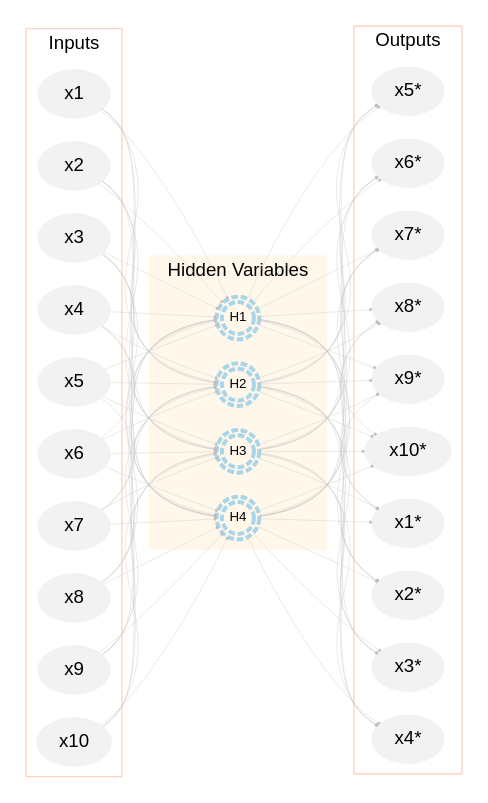
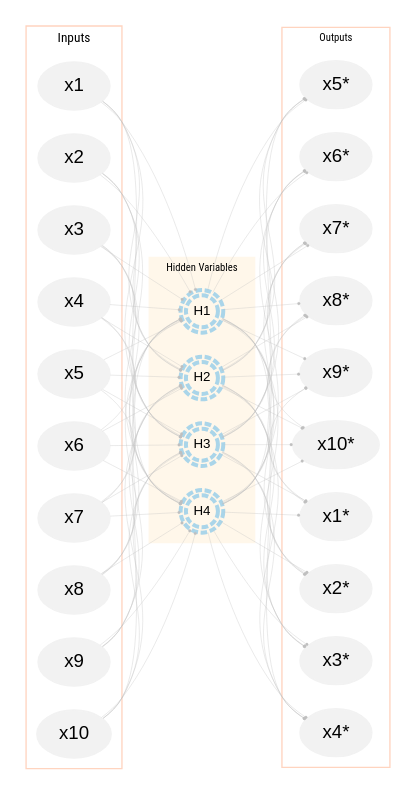
Before and after one commit to m-clark/book-of-models: the diagram in img/pca_as_net.dot, drawn with Graphviz. The commit also changed 42 other files, not shown here.

```diff
--- a/img/pca_as_net.dot
+++ b/img/pca_as_net.dot
@@ -1,131 +1,134 @@
 digraph pca {
     rankdir=LR;
     rank=same;
     node [shape=oval style=filled color=lightblue ordering=out fontname=Helvetica];
     edge [color=gray75 arrowhead=dot arrowsize=0.25 penwidth=0.25];
 
     subgraph cluster_inputs {
         color= "#ff550040";
         label="Inputs";
-        fontname=Helvetica;
+        fontname="Roboto Condensed";
+        fontsize = 10;
         node [color=gray95 ordering=out];
         x5; x6; x7; x8; x9; x10; x1; x2; x3; x4; 
     }
 
     subgraph cluster_hidden {
-        fontname=Helvetica;
+        fontname="Roboto Condensed";
+        fontsize = 8;
         bgcolor="#FFEFD580"
         color=transparent;
         label="Hidden Variables";
         node [fixedsize=True fontsize =10 width=.33 color = "#56B4E980" shape=doublecircle style=dashed penwidth=3];
         H1; H2; H3; H4;
     }
 
     subgraph cluster_outputs {
-        fontname=Helvetica;
+        fontname="Roboto Condensed";
+        fontsize = 8;
         color= "#ff550040";
         label="Outputs";
         node [color=gray95 ];
               
         
         y9[label = "x9*"]; y10[label = "x10*"]; 
         y1[label = "x1*"]; y2[label = "x2*"]; 
         y3[label = "x3*"]; y4[label = "x4*"]; 
         y5 [label = "x5*"]; y6[label = "x6*"];  
         y7[label = "x7*"]; y8[label = "x8*"]; 
     }
 
     x1 -> H1;
     x2 -> H1;
     x3 -> H1;
     x4 -> H1;
     x5 -> H1;
     x6 -> H1;
     x7 -> H1;
     x8 -> H1;
     x9 -> H1;
     x10 -> H1;
 
     x1 -> H2;
     x2 -> H2;
     x3 -> H2;
     x4 -> H2;
     x5 -> H2;
     x6 -> H2;
     x7 -> H2;
     x8 -> H2;
     x9 -> H2;
     x10 -> H2;
 
     x1 -> H3;
     x2 -> H3;
     x3 -> H3;
     x4 -> H3;
     x5 -> H3;
     x6 -> H3;
     x7 -> H3;
     x8 -> H3;
     x9 -> H3;
     x10 -> H3;
 
     x1 -> H4;
     x2 -> H4;
     x3 -> H4;
     x4 -> H4;
     x5 -> H4;
     x6 -> H4;
     x7 -> H4;
     x8 -> H4;
     x9 -> H4;
     x10 -> H4;
 
     H1 -> y1;
     H2 -> y1;
     H3 -> y1;
     H4 -> y1;
     
     H1 -> y2;
     H2 -> y2;
     H3 -> y2;
     H4 -> y2;
 
     H1 -> y3;
     H2 -> y3;
     H3 -> y3;
     H4 -> y3;
 
     H1 -> y4;
     H2 -> y4;
     H3 -> y4;
     H4 -> y4;
 
     H1 -> y5;
     H2 -> y5;
     H3 -> y5;
     H4 -> y5;
 
     H1 -> y6;
     H2 -> y6;
     H3 -> y6;
     H4 -> y6;
 
     H1 -> y7;
     H2 -> y7;
     H3 -> y7;
     H4 -> y7;
 
     H1 -> y8;
     H2 -> y8;
     H3 -> y8;
     H4 -> y8;
 
     H1 -> y9;
     H2 -> y9;
     H3 -> y9;
     H4 -> y9;
 
     H1 -> y10;
     H2 -> y10;
     H3 -> y10;
     H4 -> y10;
 }
```
